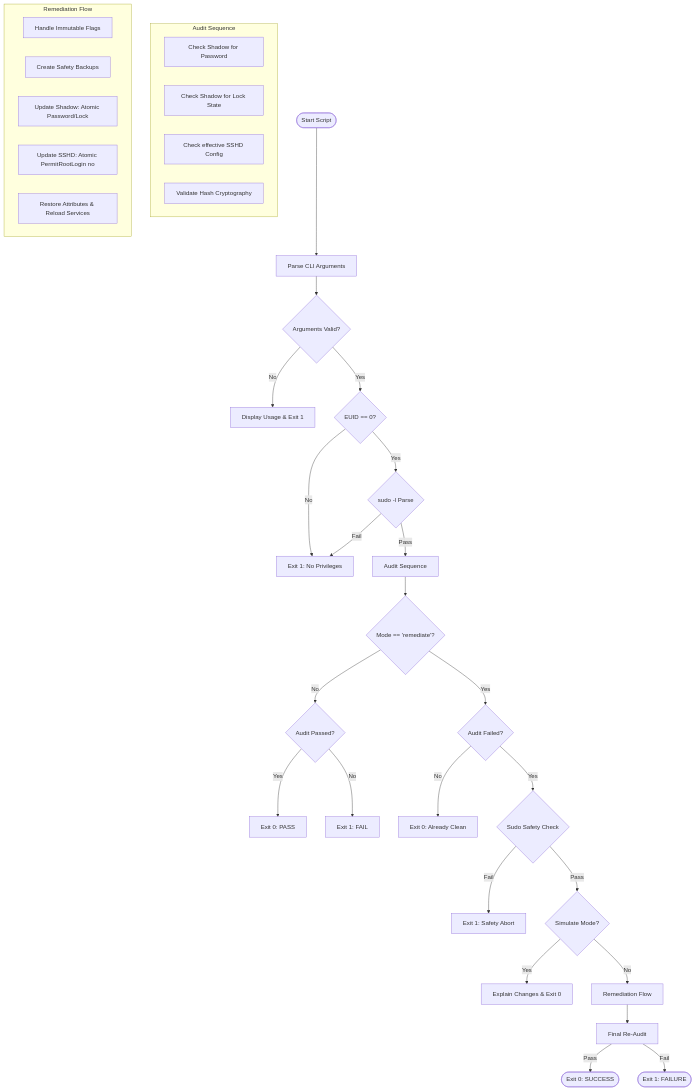
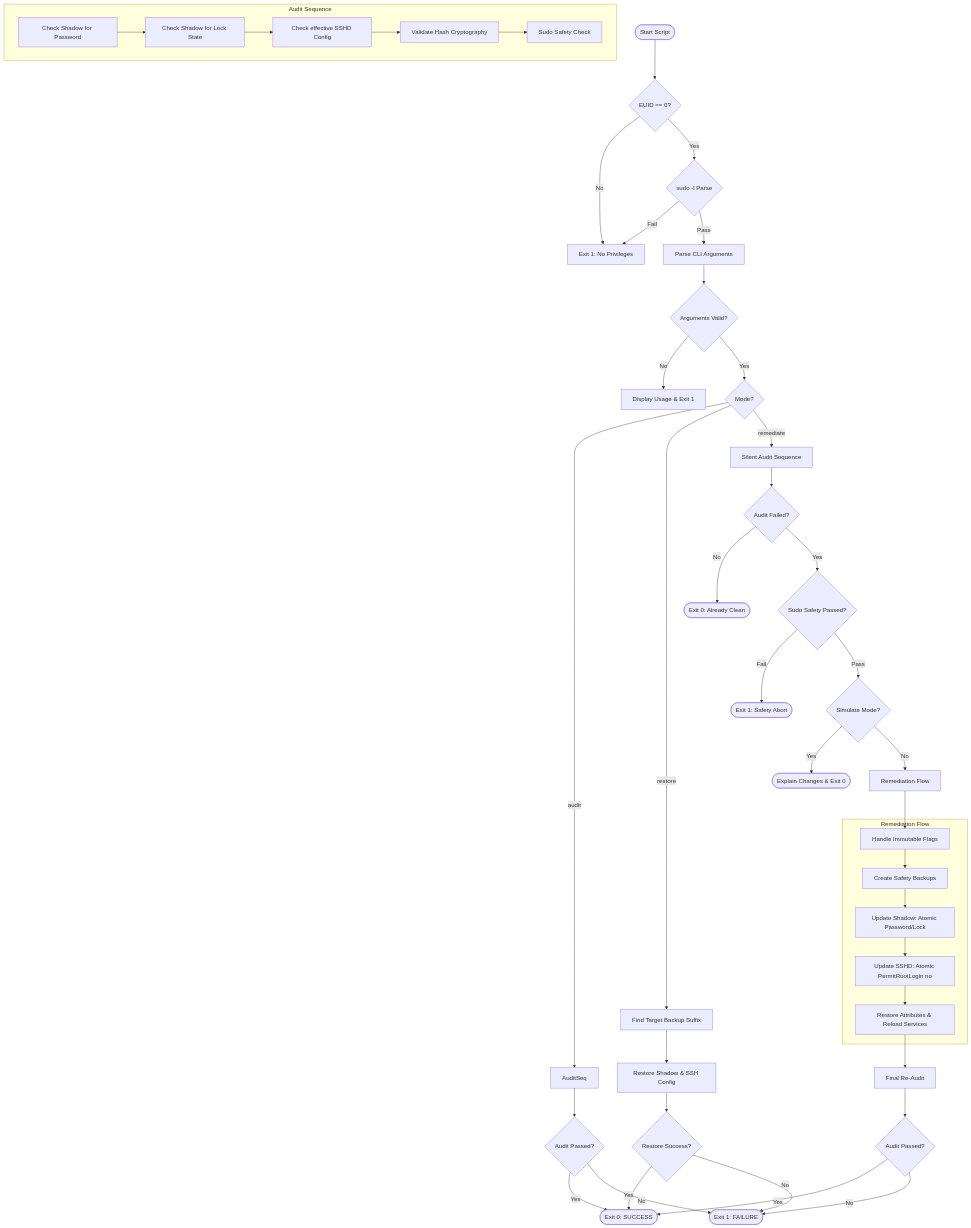
One commit to edsilegxrepo/devops changed the diagram in audit/root_audit_README.md. Above: the diagram before and after it, drawn with Mermaid. The commit also changed 20 other files, not shown here.

````diff
--- a/audit/root_audit_README.md
+++ b/audit/root_audit_README.md
@@ -34,47 +34,62 @@
 ```mermaid
 graph TD
-    Start([Start Script]) --> Args[Parse CLI Arguments]
+    Start([Start Script]) --> PrivCheckEUID{EUID == 0?}
+    PrivCheckEUID -- No --> ExitErr[Exit 1: No Privileges]
+    PrivCheckEUID -- Yes --> PrivCheckSudo{sudo -l Parse}
+    PrivCheckSudo -- Fail --> ExitErr
+    PrivCheckSudo -- Pass --> Args[Parse CLI Arguments]
+    
     Args --> ArgsCheck{Arguments Valid?}
     ArgsCheck -- No --> Usage[Display Usage & Exit 1]
-    ArgsCheck -- Yes --> PrivCheck{EUID == 0?}
-    PrivCheck -- No --> ExitErr[Exit 1: No Privileges]
-    PrivCheck -- Yes --> SudoVerify{sudo -l Parse}
-    SudoVerify -- Fail --> ExitErr
-    SudoVerify -- Pass --> AuditSeq[Audit Sequence]
+    
+    ArgsCheck -- Yes --> ModeBranch{Mode?}
+    
+    ModeBranch -- "audit" --> AuditSeq
     
     subgraph Audit Sequence
         A1[Check Shadow for Password]
         A2[Check Shadow for Lock State]
         A3[Check effective SSHD Config]
         A4[Validate Hash Cryptography]
+        A5[Sudo Safety Check]
+        A1 --> A2 --> A3 --> A4 --> A5
     end
     
-    AuditSeq --> ModeCheck{Mode == 'remediate'?}
+    AuditSeq --> AuditRes{Audit Passed?}
+    AuditRes -- Yes --> Exit0([Exit 0: SUCCESS])
+    AuditRes -- No --> Exit1([Exit 1: FAILURE])
     
-    ModeCheck -- No --> AuditResult{Audit Passed?}
-    AuditResult -- Yes --> Exit0[Exit 0: PASS]
-    AuditResult -- No --> Exit1[Exit 1: FAIL]
+    ModeBranch -- "restore" --> RestoreFlow[Find Target Backup Suffix]
+    RestoreFlow --> RestoreFiles[Restore Shadow & SSH Config]
+    RestoreFiles --> RestoreRes{Restore Success?}
+    RestoreRes -- Yes --> Exit0
+    RestoreRes -- No --> Exit1
     
-    ModeCheck -- Yes --> AuditFailCheck{Audit Failed?}
-    AuditFailCheck -- No --> AlreadyClean[Exit 0: Already Clean]
+    ModeBranch -- "remediate" --> RemSilentAudit[Silent Audit Sequence]
+    RemSilentAudit --> RemNeed{Audit Failed?}
+    RemNeed -- No --> AlreadyClean([Exit 0: Already Clean])
     
-    AuditFailCheck -- Yes --> SudoSafety{Sudo Safety Check}
-    SudoSafety -- Fail --> SafetyAbort[Exit 1: Safety Abort]
+    RemNeed -- Yes --> SudoSafety{Sudo Safety Passed?}
+    SudoSafety -- Fail --> SafetyAbort([Exit 1: Safety Abort])
     
     SudoSafety -- Pass --> SimCheck{Simulate Mode?}
+    SimCheck -- Yes --> SimFlow([Explain Changes & Exit 0])
     
-    SimCheck -- Yes --> SimFlow[Explain Changes & Exit 0]
-    SimCheck -- No --> RemediateFlow[Remediation Flow]
+    SimCheck -- No --> RemFlow[Remediation Flow]
     
     subgraph Remediation Flow
         R1[Handle Immutable Flags]
         R2[Create Safety Backups]
         R3[Update Shadow: Atomic Password/Lock]
         R4[Update SSHD: Atomic PermitRootLogin no]
         R5[Restore Attributes & Reload Services]
+        
+        R1 --> R2 --> R3 --> R4 --> R5
     end
     
-    RemediateFlow --> FinalAudit[Final Re-Audit]
-    FinalAudit -- Pass --> Finish0([Exit 0: SUCCESS])
-    FinalAudit -- Fail --> Finish1([Exit 1: FAILURE])
+    RemFlow --> R1
+    R5 --> FinalAudit[Final Re-Audit]
+    FinalAudit --> FinalRes{Audit Passed?}
+    FinalRes -- Yes --> Exit0
+    FinalRes -- No --> Exit1
 ```
````
